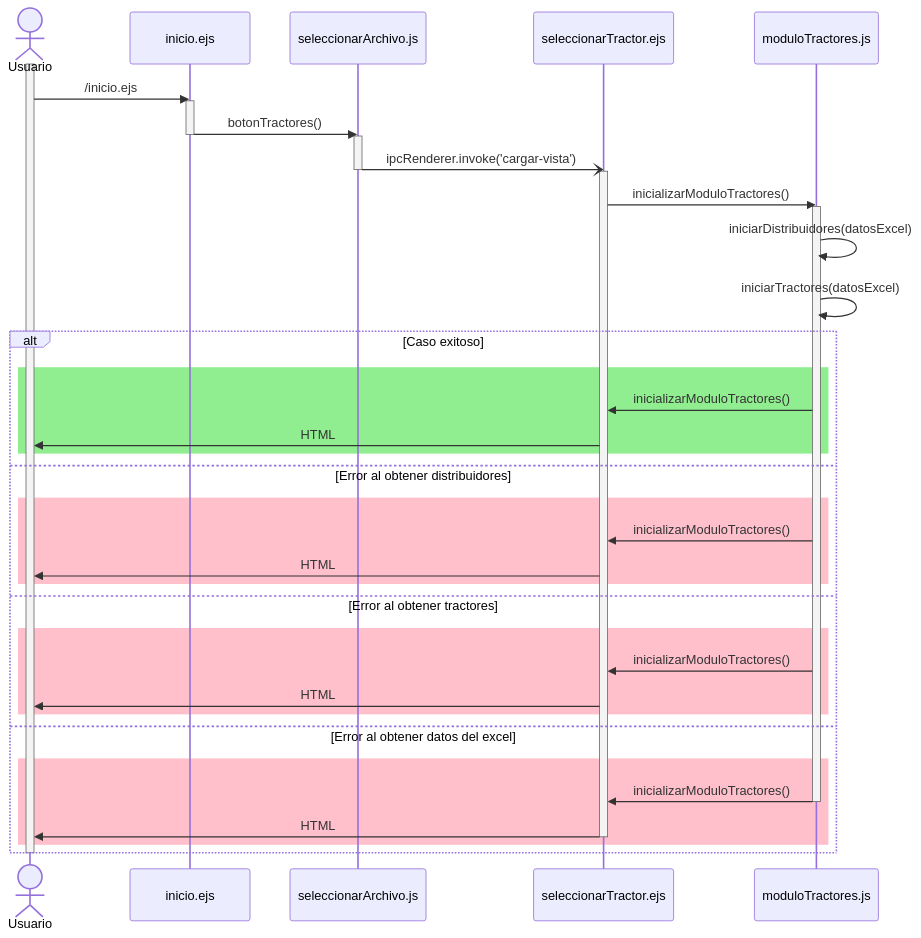
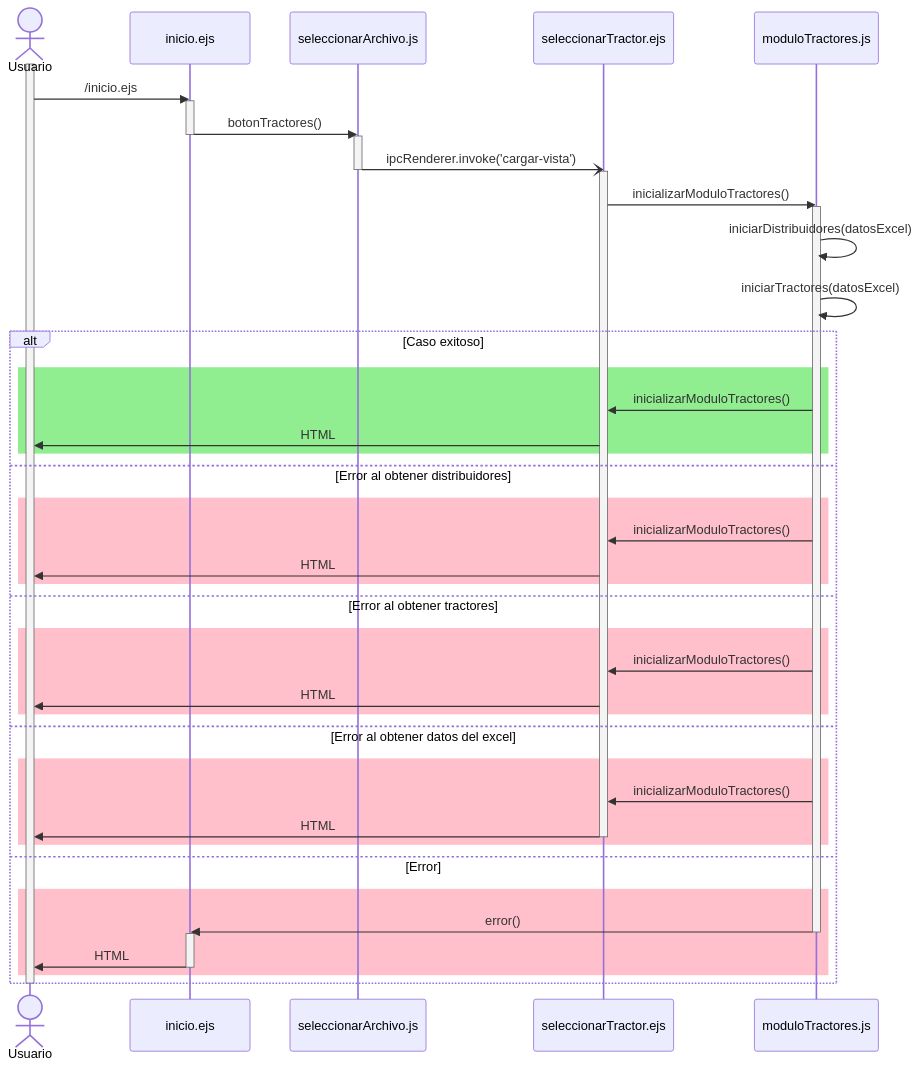
One commit to CodeAnd-Co/Documentacion changed the diagram in documentation/docs/proyectos/tractores/documentacion/requisitos/RF13.md. Above: the diagram before and after it, drawn with Mermaid. The commit also changed other lines of this file, not shown here.

Commit message:
Agregar caso de error RF13

````diff
--- a/documentation/docs/proyectos/tractores/documentacion/requisitos/RF13.md
+++ b/documentation/docs/proyectos/tractores/documentacion/requisitos/RF13.md
@@ -28,47 +27,54 @@
 ```mermaid
 sequenceDiagram
     actor Usuario
     participant vistaInicio as inicio.ejs
     participant seleccionarArchivo as seleccionarArchivo.js
     participant vistaTractores as seleccionarTractor.ejs
     participant moduloTractores as moduloTractores.js
 
     activate Usuario
     Usuario->>vistaInicio: /inicio.ejs
     activate vistaInicio
     vistaInicio->>seleccionarArchivo: botonTractores()
     deactivate vistaInicio
     activate seleccionarArchivo
     seleccionarArchivo-)vistaTractores: ipcRenderer.invoke('cargar-vista');
     deactivate seleccionarArchivo
     activate vistaTractores
     vistaTractores->>moduloTractores: inicializarModuloTractores()
     activate moduloTractores
     moduloTractores->>moduloTractores: iniciarDistribuidores(datosExcel)
     moduloTractores->>moduloTractores: iniciarTractores(datosExcel)
     alt Caso exitoso
       rect Lightgreen
       moduloTractores->>vistaTractores: inicializarModuloTractores()
       vistaTractores->>Usuario: HTML
       end
     else Error al obtener distribuidores
       rect Pink
       moduloTractores->>vistaTractores: inicializarModuloTractores()
       vistaTractores->>Usuario: HTML
       end
     else Error al obtener tractores
       rect Pink
       moduloTractores->>vistaTractores: inicializarModuloTractores()
       vistaTractores->>Usuario: HTML
       end
     else Error al obtener datos del excel
       rect Pink
       moduloTractores->>vistaTractores: inicializarModuloTractores()
-      deactivate moduloTractores
       vistaTractores->>Usuario: HTML
       deactivate vistaTractores
+      end
+    else Error
+      rect Pink
+      moduloTractores->>vistaInicio: error()
+      deactivate moduloTractores
+      activate vistaInicio
+      vistaInicio->>Usuario: HTML
+      deactivate vistaInicio
       end
     end 
     deactivate Usuario
 
 ```
````
